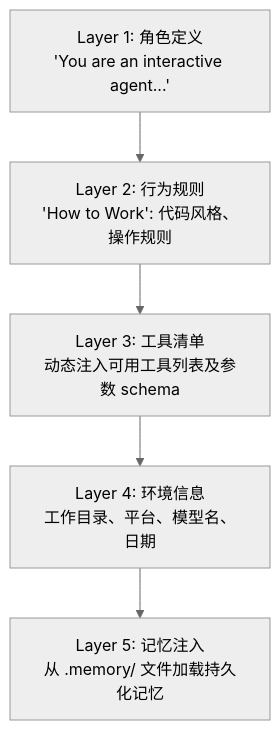
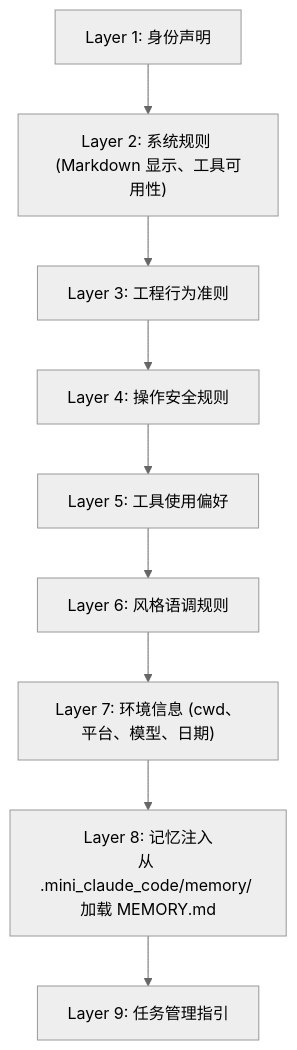
Before and after one commit to WLBTXWD/mini_claude_code: the second of 2 diagrams in README.md, drawn with Mermaid (neutral theme). The commit also changed other lines of this file and 3 other files, not shown here.

````diff
--- a/README.md
+++ b/README.md
@@ -189,9 +235,13 @@
 ```mermaid
 graph TD
-    L1["Layer 1: 角色定义<br/>'You are an interactive agent...'"]
-    L2["Layer 2: 行为规则<br/>'How to Work': 代码风格、操作规则"]
-    L3["Layer 3: 工具清单<br/>动态注入可用工具列表及参数 schema"]
-    L4["Layer 4: 环境信息<br/>工作目录、平台、模型名、日期"]
-    L5["Layer 5: 记忆注入<br/>从 .memory/ 文件加载持久化记忆"]
-    L1 --> L2 --> L3 --> L4 --> L5
+    L1["Layer 1: 身份声明"]
+    L2["Layer 2: 系统规则 (Markdown 显示、工具可用性)"]
+    L3["Layer 3: 工程行为准则"]
+    L4["Layer 4: 操作安全规则"]
+    L5["Layer 5: 工具使用偏好"]
+    L6["Layer 6: 风格语调规则"]
+    L7["Layer 7: 环境信息 (cwd、平台、模型、日期)"]
+    L8["Layer 8: 记忆注入<br/>从 .mini_claude_code/memory/ 加载 MEMORY.md"]
+    L9["Layer 9: 任务管理指引"]
+    L1 --> L2 --> L3 --> L4 --> L5 --> L6 --> L7 --> L8 --> L9
 ```
````
